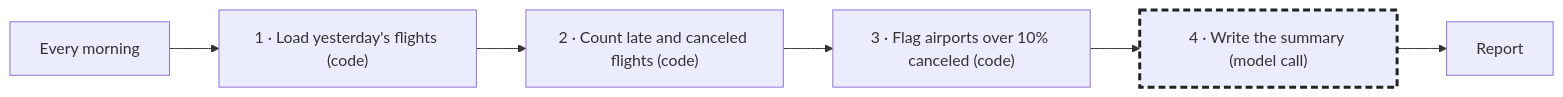
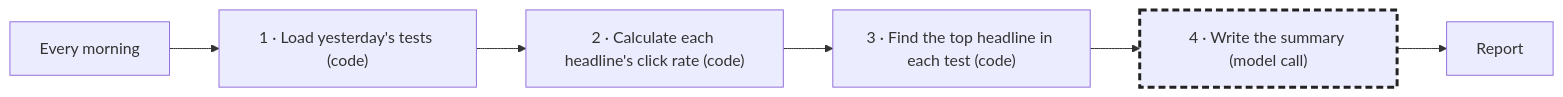
One commit to LMU-ISBA/isba-4775-fa26 changed the first of 2 diagrams in guides/workflow-and-agent.md. Above: the diagram before and after it, drawn with Mermaid. The commit also changed other lines of this file, not shown here.

Commit message:
Use the headline test example and show that both make model calls

````diff
--- a/guides/workflow-and-agent.md
+++ b/guides/workflow-and-agent.md
@@ -39,13 +42,13 @@
 ```mermaid
 flowchart LR
     S["Every morning"]
-    A["1 · Load yesterday's flights (code)"]
-    B["2 · Count late and canceled flights (code)"]
-    C["3 · Flag airports over 10% canceled (code)"]
+    A["1 · Load yesterday's tests (code)"]
+    B["2 · Calculate each headline's click rate (code)"]
+    C["3 · Find the top headline in each test (code)"]
     D["4 · Write the summary (model call)"]:::model
     R["Report"]
 
     S --> A --> B --> C --> D --> R
 
     classDef model stroke:#222,stroke-width:3px,stroke-dasharray:7 4
 ```
````
